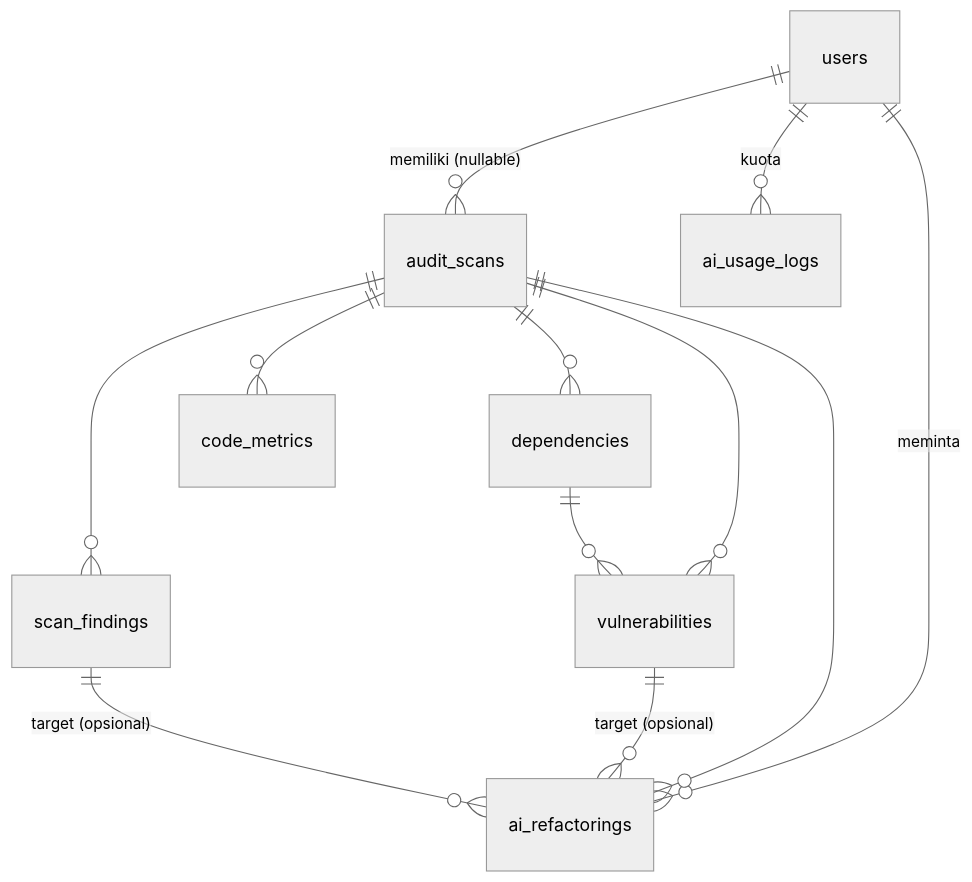
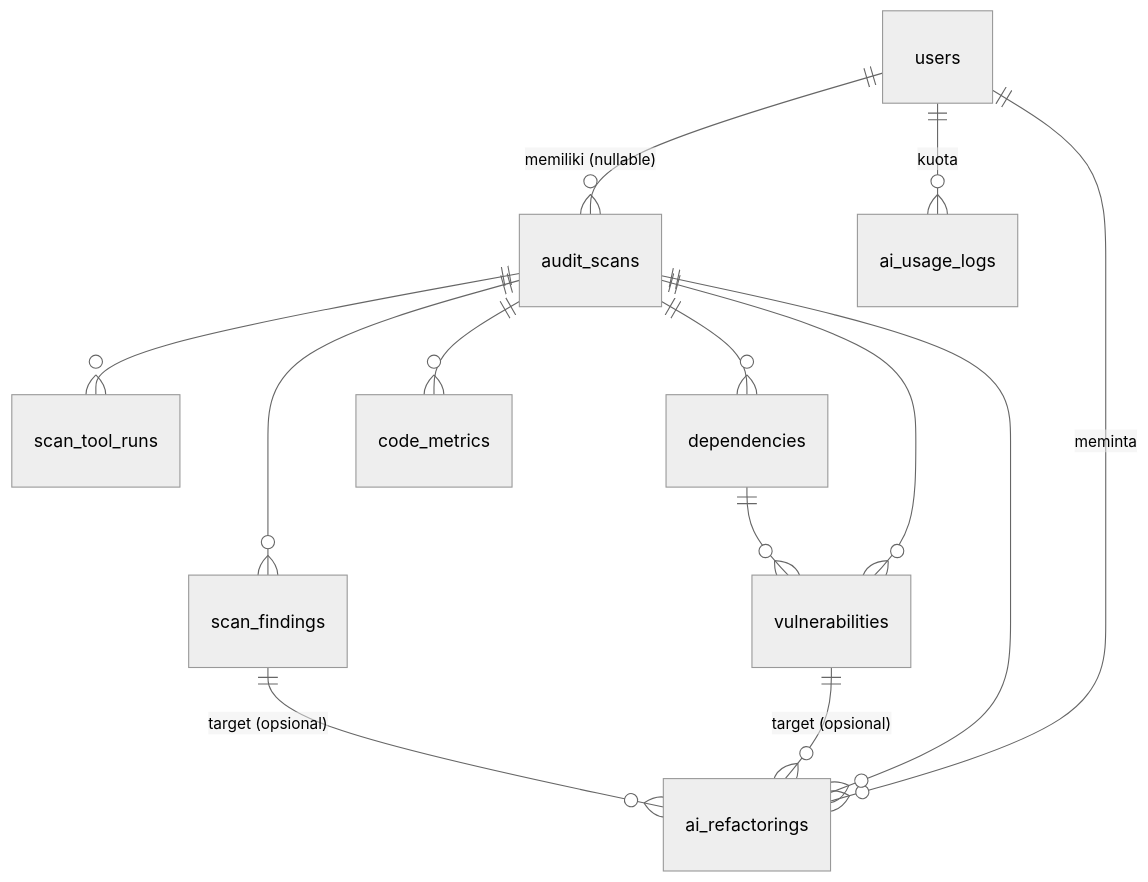
One commit to Yukkkiik/ai-code-audit changed the diagram in DATABASE.md. Above: the diagram before and after it, drawn with Mermaid (neutral theme). The commit also changed other lines of this file and 9 other files, not shown here.

Commit message:
docs(database): finalize schema with tool runs table and constraint fixes

````diff
--- a/DATABASE.md
+++ b/DATABASE.md
@@ -248,14 +287,15 @@
 ```mermaid
 erDiagram
     users ||--o{ audit_scans : "memiliki (nullable)"
     users ||--o{ ai_usage_logs : "kuota"
     users ||--o{ ai_refactorings : "meminta"
+    audit_scans ||--o{ scan_tool_runs : ""
     audit_scans ||--o{ scan_findings : ""
     audit_scans ||--o{ code_metrics : ""
     audit_scans ||--o{ dependencies : ""
     audit_scans ||--o{ vulnerabilities : ""
     audit_scans ||--o{ ai_refactorings : ""
     dependencies ||--o{ vulnerabilities : ""
     scan_findings ||--o{ ai_refactorings : "target (opsional)"
     vulnerabilities ||--o{ ai_refactorings : "target (opsional)"
 ```
````
